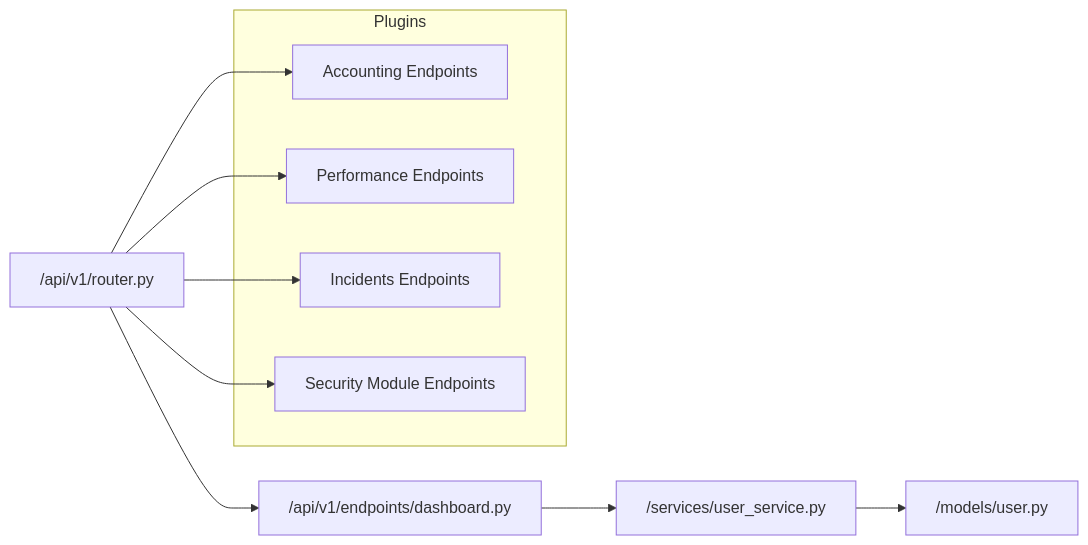
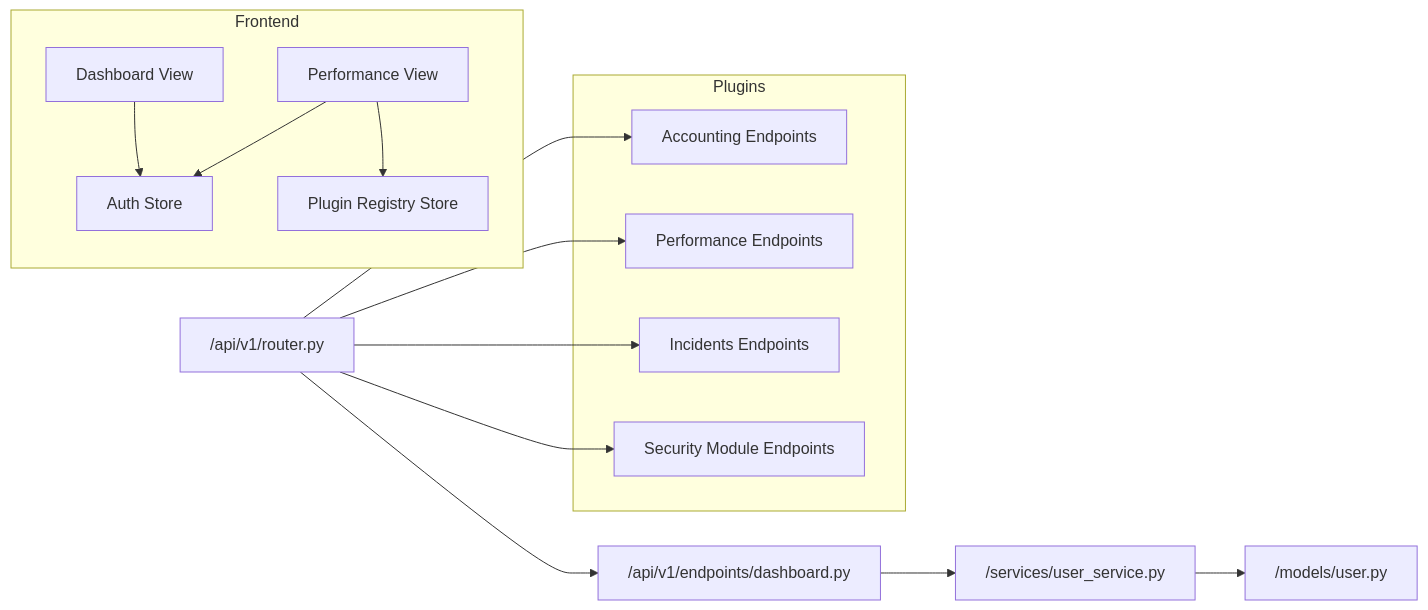
Before and after one commit to Nikita5543/New-SSO-02: diagram 11 of 11 in .qoder/repowiki/en/content/Core API Reference/Dashboard Endpoints.md, drawn with Mermaid. The commit also changed other lines of this file and 3 other files, not shown here.

````diff
--- a/.qoder/repowiki/en/content/Core API Reference/Dashboard Endpoints.md
+++ b/.qoder/repowiki/en/content/Core API Reference/Dashboard Endpoints.md
@@ -344,16 +444,25 @@
 ```mermaid
 graph LR
 Router["/api/v1/router.py"] --> DashRouter["/api/v1/endpoints/dashboard.py"]
 DashRouter --> UserService["/services/user_service.py"]
 UserService --> UserModel["/models/user.py"]
 subgraph "Plugins"
 Acc["Accounting Endpoints"]
 Perf["Performance Endpoints"]
 Inc["Incidents Endpoints"]
 Sec["Security Module Endpoints"]
 end
 Router --> Acc
 Router --> Perf
 Router --> Inc
 Router --> Sec
+subgraph "Frontend"
+DashView["Dashboard View"]
+PerfView["Performance View"]
+AuthStore["Auth Store"]
+PRStore["Plugin Registry Store"]
+end
+DashView --> AuthStore
+PerfView --> AuthStore
+PerfView --> PRStore
 ```
````
